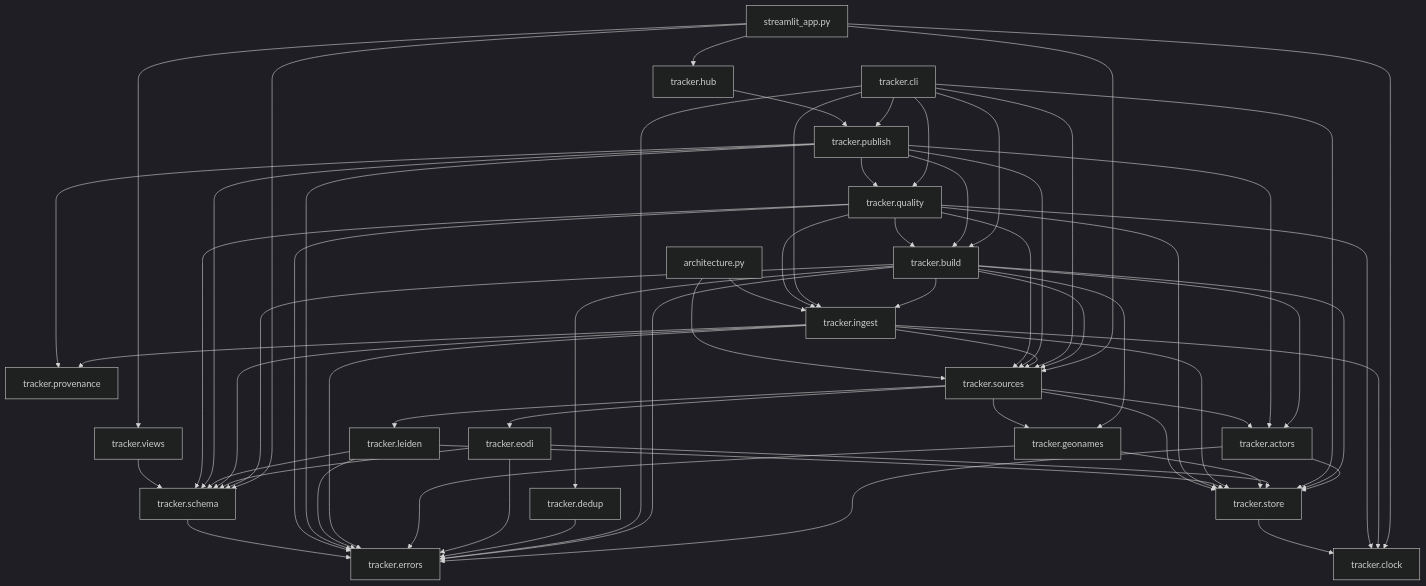
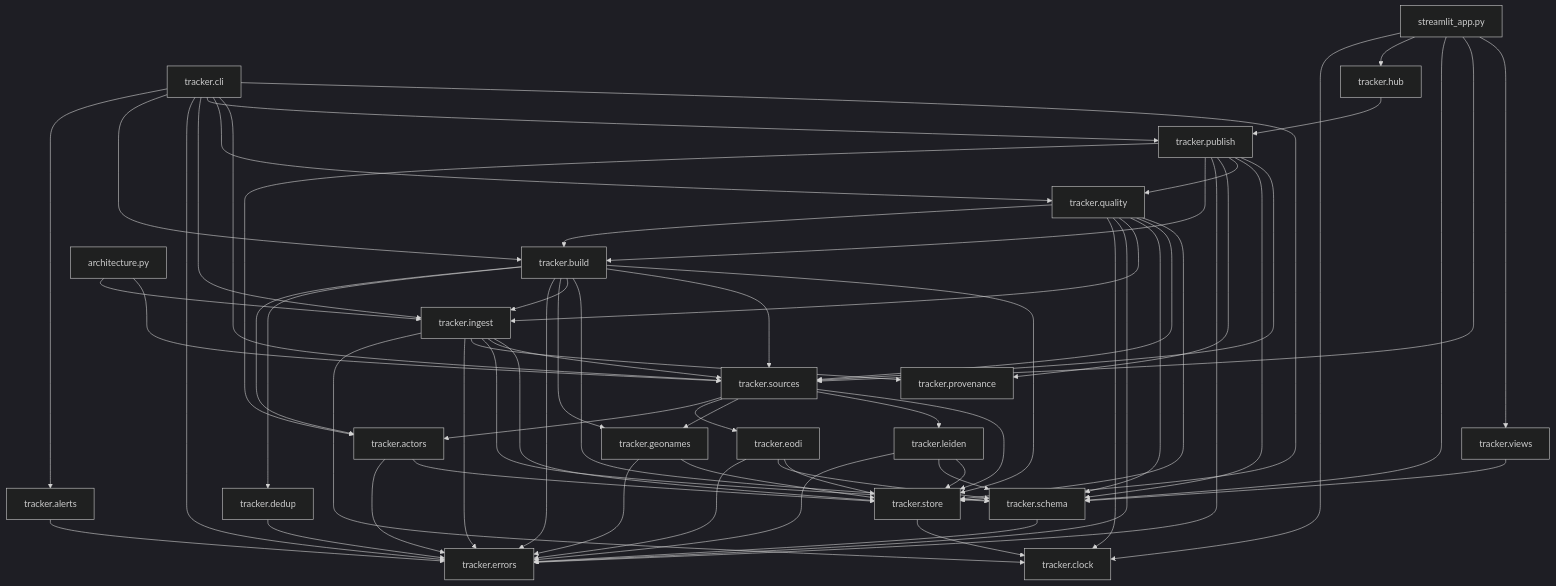
The third of 3 diagrams in docs/architecture.md (tryph0n/hybrid-tracker), drawn with Mermaid (dark theme) before and after one commit. The commit also changed other lines of this file and 5 other files, not shown here.

```diff
--- a/docs/architecture.md
+++ b/docs/architecture.md
@@ -152,6 +161,7 @@
 flowchart TB
   module_streamlit_app_py["streamlit_app.py"]
   module_tracker_actors["tracker.actors"]
+  module_tracker_alerts["tracker.alerts"]
   module_tracker_build["tracker.build"]
   module_tracker_cli["tracker.cli"]
   module_tracker_clock["tracker.clock"]
@@ -177,6 +187,7 @@
   module_streamlit_app_py --> module_tracker_views
   module_tracker_actors --> module_tracker_errors
   module_tracker_actors --> module_tracker_store
+  module_tracker_alerts --> module_tracker_errors
   module_tracker_build --> module_tracker_actors
   module_tracker_build --> module_tracker_dedup
   module_tracker_build --> module_tracker_errors
@@ -185,6 +196,7 @@
   module_tracker_build --> module_tracker_schema
   module_tracker_build --> module_tracker_sources
   module_tracker_build --> module_tracker_store
+  module_tracker_cli --> module_tracker_alerts
   module_tracker_cli --> module_tracker_build
   module_tracker_cli --> module_tracker_errors
   module_tracker_cli --> module_tracker_ingest
```
